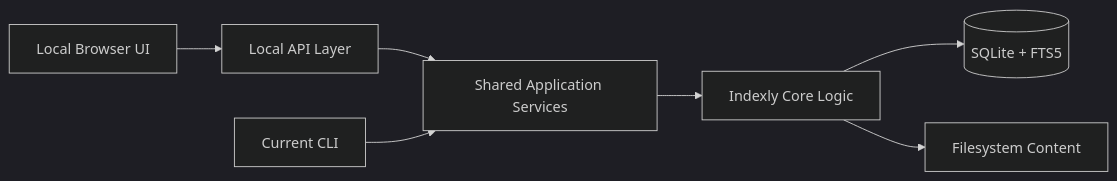
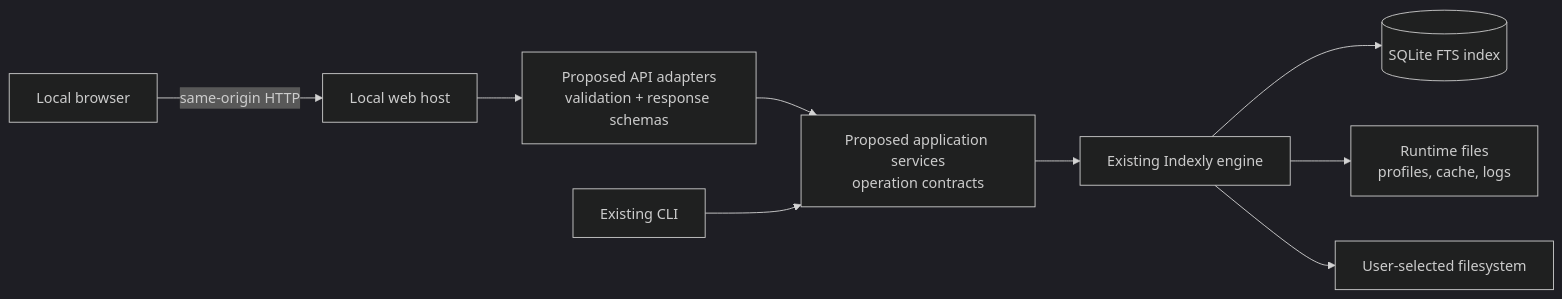
Before and after one commit to kimsgent/project-indexly: the diagram in src/indexly/docs/local-web-ui/README.md, drawn with Mermaid (dark theme). The commit also changed other lines of this file and 4 other files, not shown here.

Commit message:
docs: expand local web ui investigation

````diff
--- a/src/indexly/docs/local-web-ui/README.md
+++ b/src/indexly/docs/local-web-ui/README.md
@@ -82,9 +59,11 @@
 ```mermaid
 flowchart LR
-    Browser[Local Browser UI] --> API[Local API Layer]
-    API --> Service[Shared Application Services]
-    Service --> Core[Indexly Core Logic]
-    Core --> DB[(SQLite + FTS5)]
-    Core --> FS[Filesystem Content]
-    CLI[Current CLI] --> Service
+    B[Local browser] -->|same-origin HTTP| W[Local web host]
+    W --> A[Proposed API adapters\nvalidation + response schemas]
+    A --> S[Proposed application services\noperation contracts]
+    S --> E[Existing Indexly engine]
+    C[Existing CLI] --> S
+    E --> D[(SQLite FTS index)]
+    E --> R[Runtime files\nprofiles, cache, logs]
+    E --> F[User-selected filesystem]
 ```
````
